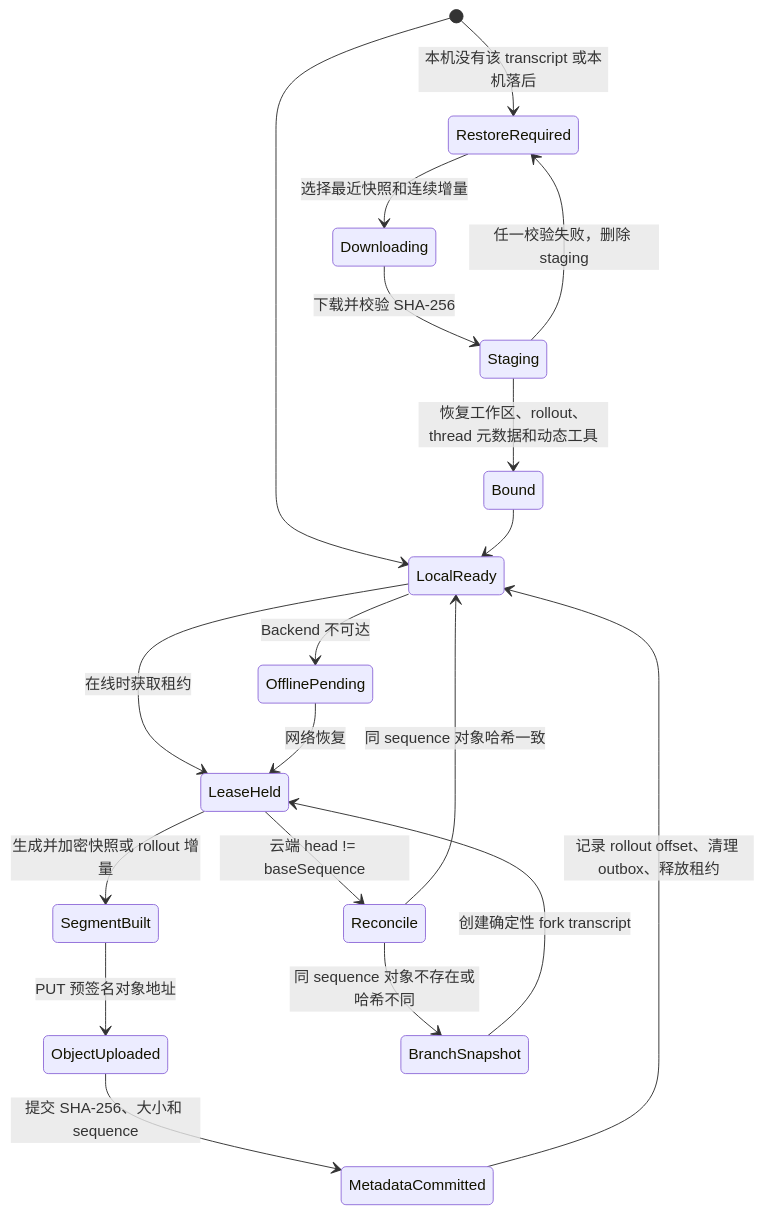
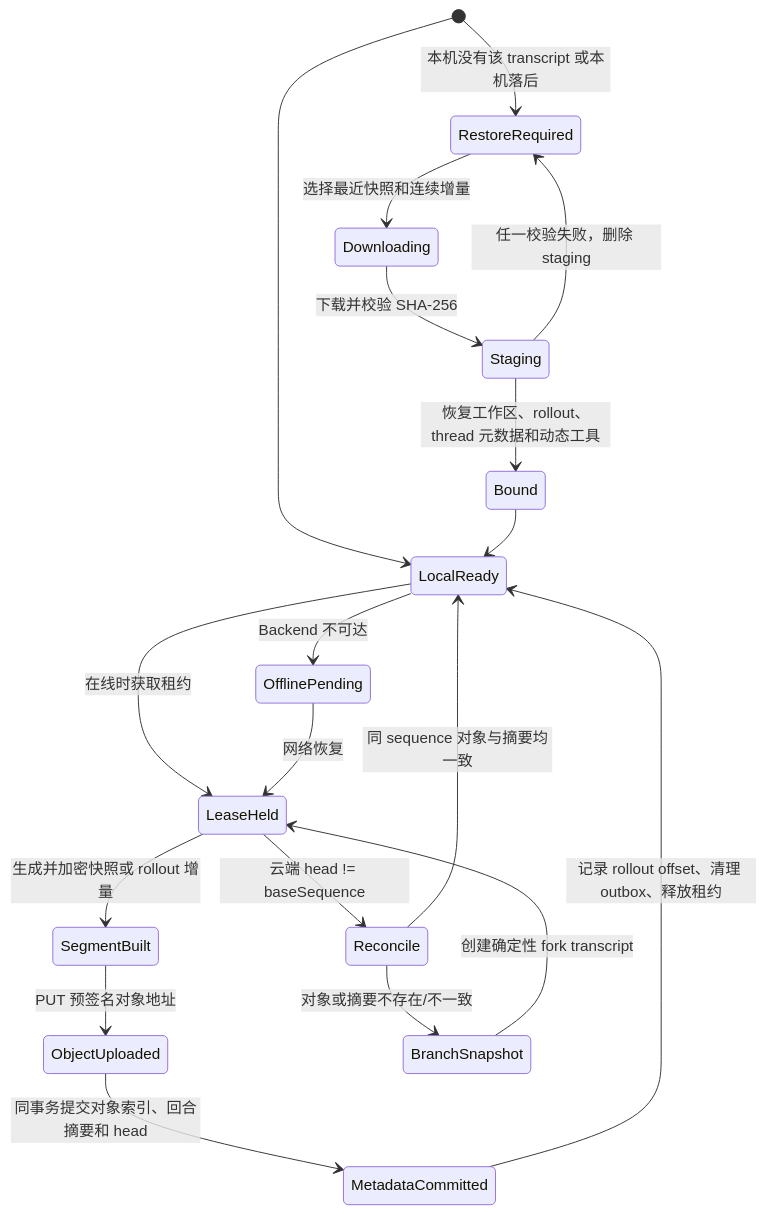
The diagram in docs/zh/wework/developer-guide/wework-transcript-sync.md (wecode-ai/Wegent), drawn with Mermaid before and after one commit. The commit also changed other lines of this file and 14 other files, not shown here.

````diff
--- a/docs/zh/wework/developer-guide/wework-transcript-sync.md
+++ b/docs/zh/wework/developer-guide/wework-transcript-sync.md
@@ -53,23 +61,23 @@
 ```mermaid
 stateDiagram-v2
     [*] --> LocalReady
     LocalReady --> LeaseHeld: 在线时获取租约
     LocalReady --> OfflinePending: Backend 不可达
     OfflinePending --> LeaseHeld: 网络恢复
     LeaseHeld --> SegmentBuilt: 生成并加密快照或 rollout 增量
     SegmentBuilt --> ObjectUploaded: PUT 预签名对象地址
-    ObjectUploaded --> MetadataCommitted: 提交 SHA-256、大小和 sequence
+    ObjectUploaded --> MetadataCommitted: 同事务提交对象索引、回合摘要和 head
     MetadataCommitted --> LocalReady: 记录 rollout offset、清理 outbox、释放租约
 
     LeaseHeld --> Reconcile: 云端 head != baseSequence
-    Reconcile --> LocalReady: 同 sequence 对象哈希一致
-    Reconcile --> BranchSnapshot: 同 sequence 对象不存在或哈希不同
+    Reconcile --> LocalReady: 同 sequence 对象与摘要均一致
+    Reconcile --> BranchSnapshot: 对象或摘要不存在/不一致
     BranchSnapshot --> LeaseHeld: 创建确定性 fork transcript
 
     [*] --> RestoreRequired: 本机没有该 transcript 或本机落后
     RestoreRequired --> Downloading: 选择最近快照和连续增量
     Downloading --> Staging: 下载并校验 SHA-256
     Staging --> Bound: 恢复工作区、rollout、thread 元数据和动态工具
     Staging --> RestoreRequired: 任一校验失败，删除 staging
     Bound --> LocalReady
 ```
````
